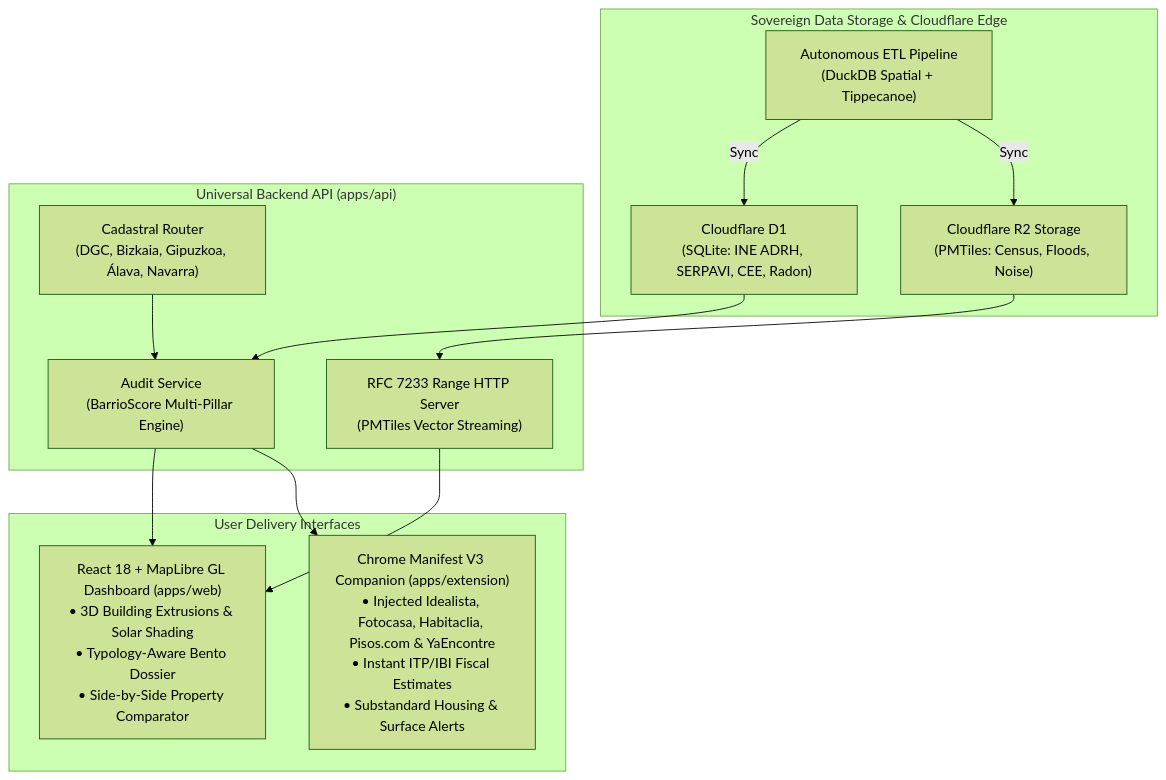
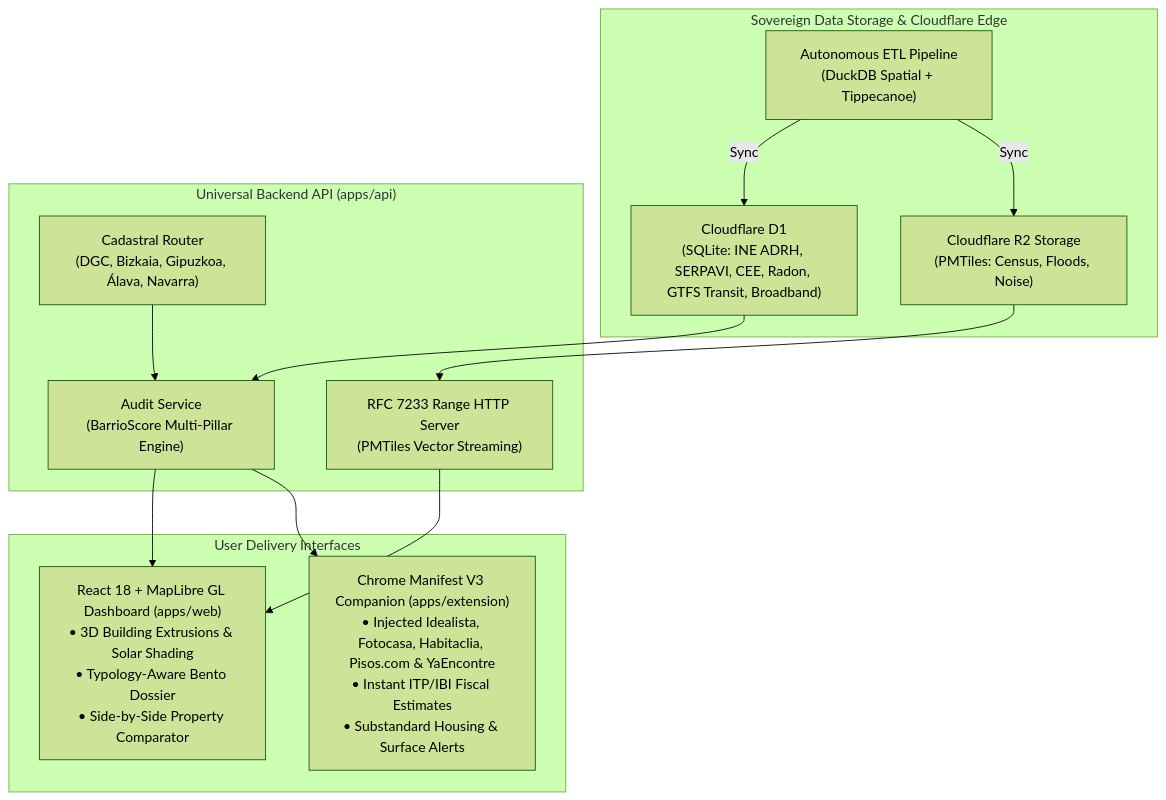
One commit to alexagc/openbarrio changed the diagram in README.md. Above: the diagram before and after it, drawn with Mermaid (forest theme). The commit also changed other lines of this file and 132 other files, not shown here.

````diff
--- a/README.md
+++ b/README.md
@@ -21,28 +21,28 @@
 ```mermaid
 flowchart TD
     subgraph DataSovereignty ["Sovereign Data Storage & Cloudflare Edge"]
-        D1["Cloudflare D1<br/>(SQLite: INE ADRH, SERPAVI, CEE, Radon)"]
+        D1["Cloudflare D1<br/>(SQLite: INE ADRH, SERPAVI, CEE, Radon, GTFS Transit, Broadband)"]
         R2["Cloudflare R2 Storage<br/>(PMTiles: Census, Floods, Noise)"]
         ETL["Autonomous ETL Pipeline<br/>(DuckDB Spatial + Tippecanoe)"]
         ETL -->|Sync| D1
         ETL -->|Sync| R2
     end
 
     subgraph BackendTier ["Universal Backend API (apps/api)"]
         Router["Cadastral Router<br/>(DGC, Bizkaia, Gipuzkoa, Álava, Navarra)"]
         Service["Audit Service<br/>(BarrioScore Multi-Pillar Engine)"]
         TileProxy["RFC 7233 Range HTTP Server<br/>(PMTiles Vector Streaming)"]
         D1 --> Service
         R2 --> TileProxy
         Router --> Service
     end
 
     subgraph ClientTier ["User Delivery Interfaces"]
         Web["React 18 + MapLibre GL Dashboard (apps/web)<br/>• 3D Building Extrusions & Solar Shading<br/>• Typology-Aware Bento Dossier<br/>• Side-by-Side Property Comparator"]
         Ext["Chrome Manifest V3 Companion (apps/extension)<br/>• Injected Idealista, Fotocasa, Habitaclia, Pisos.com & YaEncontre<br/>• Instant ITP/IBI Fiscal Estimates<br/>• Substandard Housing & Surface Alerts"]
     end
 
     Service --> Web
     Service --> Ext
     TileProxy --> Web
 ```
````
